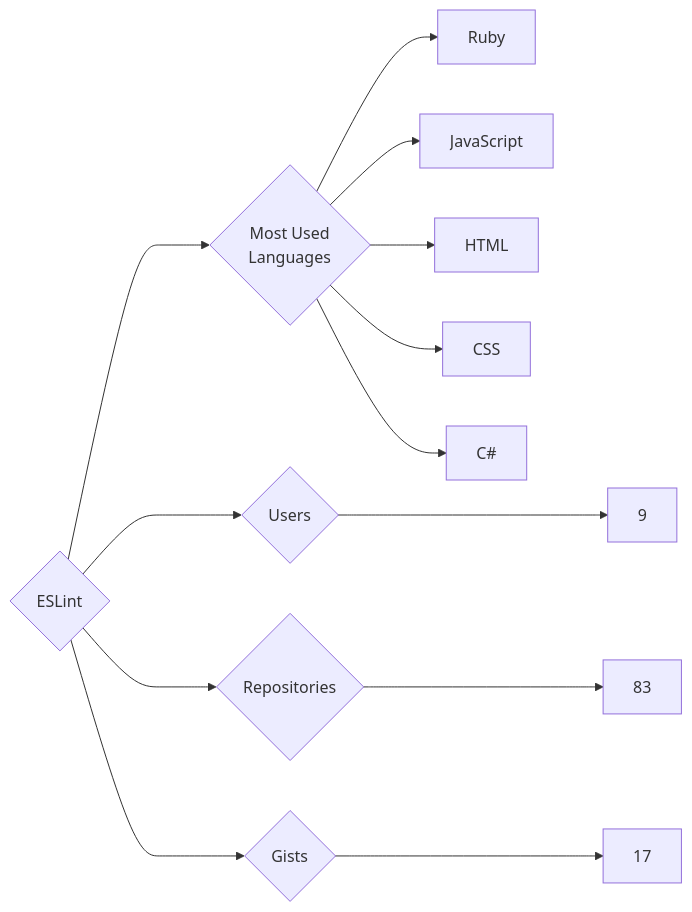
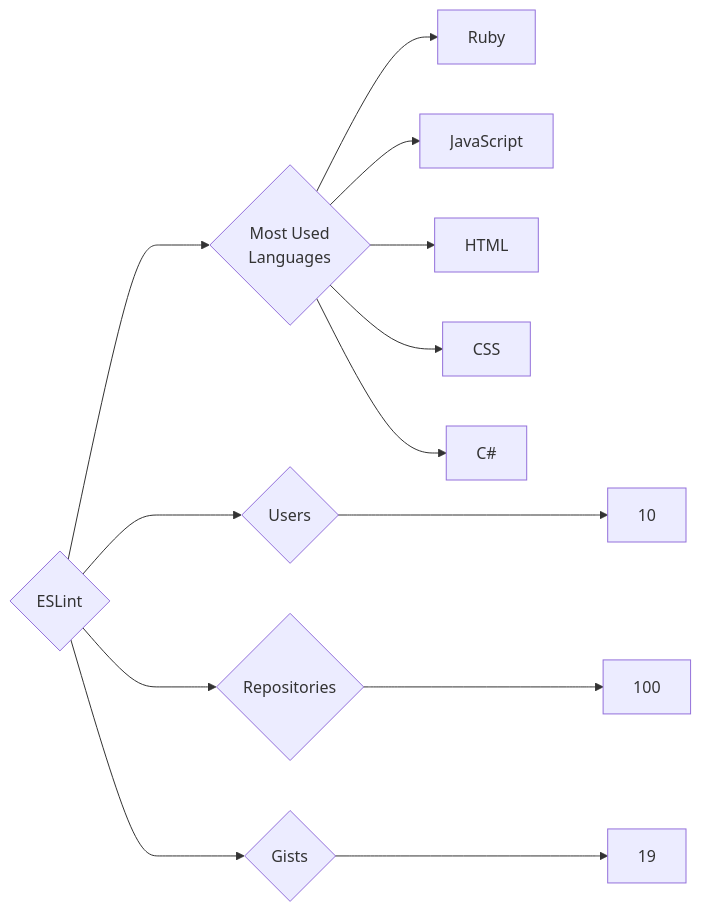
Before and after one commit to trickest/insiders: the diagram in targets/ESLint/README.md, drawn with Mermaid. The commit also changed 912 other files, not shown here.

````diff
--- a/targets/ESLint/README.md
+++ b/targets/ESLint/README.md
@@ -3,13 +3,13 @@
 ```mermaid
 graph LR
 COMPANY_NAME{ESLint}
-COMPANY_NAME ---> U{Users} ---> UN[9]
-COMPANY_NAME ---> R{Repositories} ---> RN[83]
-COMPANY_NAME ---> G{Gists} ---> GN[17]
+COMPANY_NAME ---> U{Users} ---> UN[10]
+COMPANY_NAME ---> R{Repositories} ---> RN[100]
+COMPANY_NAME ---> G{Gists} ---> GN[19]
 COMPANY_NAME ---> ML{Most Used<br>Languages}
 ML --> Ruby[Ruby]
 ML --> JavaScript[JavaScript]
 ML --> HTML[HTML]
 ML --> CSS[CSS]
 ML --> C#[C#]
 ```
````
